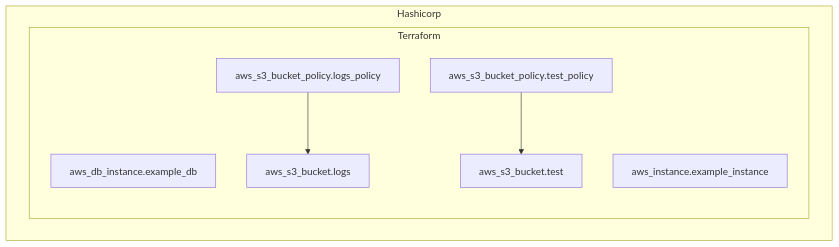
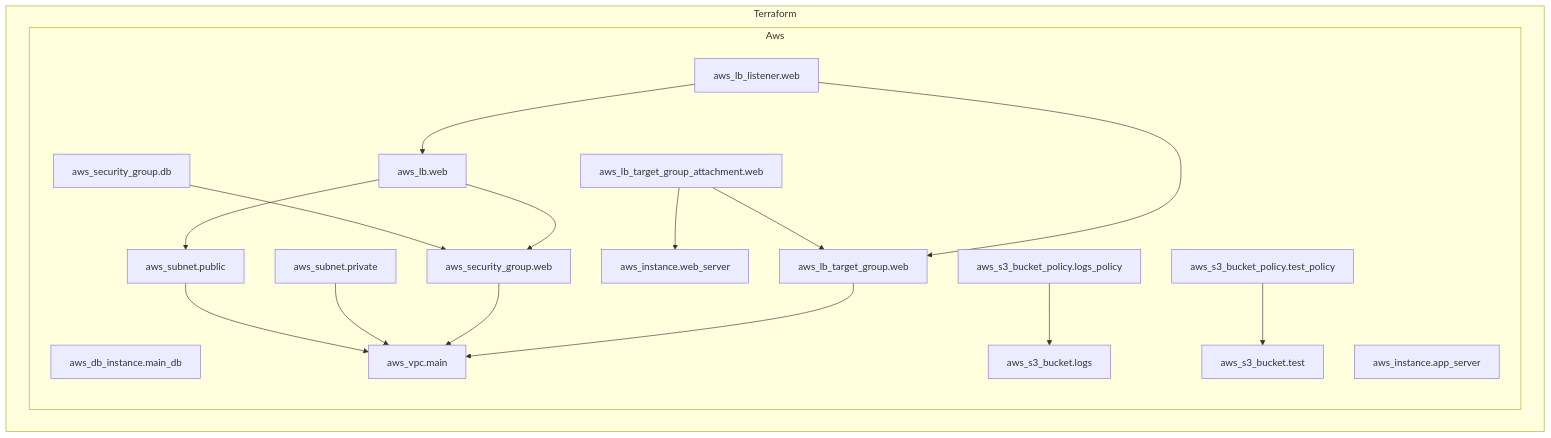
Before and after one commit to RoseSecurity/Terramaid: the diagram in README.md, drawn with Mermaid.

````diff
--- a/README.md
+++ b/README.md
@@ -23,15 +23,36 @@
 ```mermaid
 flowchart TD
- subgraph Hashicorp
- subgraph Terraform
-  aws_db_instance.example_db["aws_db_instance.example_db"]
-  aws_instance.example_instance["aws_instance.example_instance"]
-  aws_s3_bucket.logs["aws_s3_bucket.logs"]
-  aws_s3_bucket.test["aws_s3_bucket.test"]
-  aws_s3_bucket_policy.logs_policy["aws_s3_bucket_policy.logs_policy"]
-  aws_s3_bucket_policy.test_policy["aws_s3_bucket_policy.test_policy"]
-  aws_s3_bucket_policy.logs_policy --> aws_s3_bucket.logs
-  aws_s3_bucket_policy.test_policy --> aws_s3_bucket.test
- end
- end
+	subgraph Terraform
+		subgraph Aws
+			aws_db_instance.main_db["aws_db_instance.main_db"]
+			aws_instance.app_server["aws_instance.app_server"]
+			aws_instance.web_server["aws_instance.web_server"]
+			aws_lb.web["aws_lb.web"]
+			aws_lb_listener.web["aws_lb_listener.web"]
+			aws_lb_target_group.web["aws_lb_target_group.web"]
+			aws_lb_target_group_attachment.web["aws_lb_target_group_attachment.web"]
+			aws_s3_bucket.logs["aws_s3_bucket.logs"]
+			aws_s3_bucket.test["aws_s3_bucket.test"]
+			aws_s3_bucket_policy.logs_policy["aws_s3_bucket_policy.logs_policy"]
+			aws_s3_bucket_policy.test_policy["aws_s3_bucket_policy.test_policy"]
+			aws_security_group.db["aws_security_group.db"]
+			aws_security_group.web["aws_security_group.web"]
+			aws_subnet.private["aws_subnet.private"]
+			aws_subnet.public["aws_subnet.public"]
+			aws_vpc.main["aws_vpc.main"]
+		end
+		aws_lb.web --> aws_security_group.web
+		aws_lb.web --> aws_subnet.public
+		aws_lb_listener.web --> aws_lb.web
+		aws_lb_listener.web --> aws_lb_target_group.web
+		aws_lb_target_group.web --> aws_vpc.main
+		aws_lb_target_group_attachment.web --> aws_instance.web_server
+		aws_lb_target_group_attachment.web --> aws_lb_target_group.web
+		aws_s3_bucket_policy.logs_policy --> aws_s3_bucket.logs
+		aws_s3_bucket_policy.test_policy --> aws_s3_bucket.test
+		aws_security_group.db --> aws_security_group.web
+		aws_security_group.web --> aws_vpc.main
+		aws_subnet.private --> aws_vpc.main
+		aws_subnet.public --> aws_vpc.main
+	end
 ```
````
